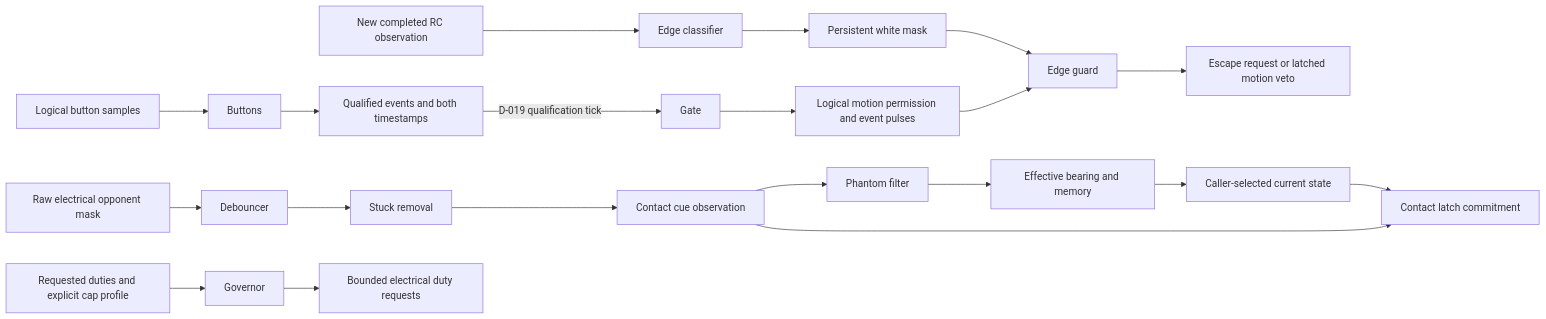
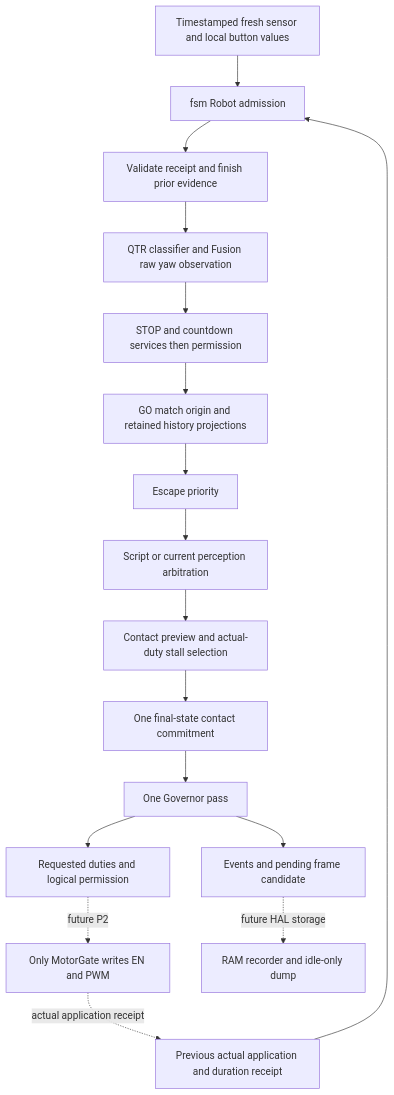
The first of 2 diagrams in docs/ARCHITECTURE.md (kaz4n/techbots_Sumo_Robots), drawn with Mermaid before and after one commit. The commit also changed other lines of this file and 1 other file, not shown here.

````diff
--- a/docs/ARCHITECTURE.md
+++ b/docs/ARCHITECTURE.md
@@ -56,22 +61,19 @@
 ```mermaid
-flowchart LR
-    L[Logical button samples] --> B[Buttons]
-    B --> E[Qualified events and both timestamps]
-    E -->|D-019 qualification tick| G[Gate]
-    G --> P[Logical motion permission and event pulses]
-    Q[New completed RC observation] --> W[Edge classifier]
-    W --> M[Persistent white mask]
-    M --> EG[Edge guard]
-    P --> EG
-    EG --> EV[Escape request or latched motion veto]
-    R[Raw electrical opponent mask] --> D[Debouncer]
-    D --> SF[Stuck removal]
-    SF --> CQ[Contact cue observation]
-    CQ --> PH[Phantom filter]
-    PH --> BM[Effective bearing and memory]
-    BM --> AR[Caller-selected current state]
-    AR --> CC[Contact latch commitment]
-    CQ --> CC
-    A[Requested duties and explicit cap profile] --> S[Governor]
-    S --> O[Bounded electrical duty requests]
+flowchart TD
+    I[Timestamped fresh sensor and local button values] --> R[fsm Robot admission]
+    P[Previous actual application and duration receipt] --> R
+    R --> V[Validate receipt and finish prior evidence]
+    V --> F[QTR classifier and Fusion raw yaw observation]
+    F --> L[STOP and countdown services then permission]
+    L --> H[GO match origin and retained history projections]
+    H --> E[Escape priority]
+    E --> A[Script or current perception arbitration]
+    A --> S[Contact preview and actual-duty stall selection]
+    S --> C[One final-state contact commitment]
+    C --> G[One Governor pass]
+    G --> O[Requested duties and logical permission]
+    G --> D[Events and pending frame candidate]
+    O -. future P2 .-> M[Only MotorGate writes EN and PWM]
+    M -. actual application receipt .-> P
+    D -. future HAL storage .-> B[RAM recorder and idle-only dump]
 ```
````
